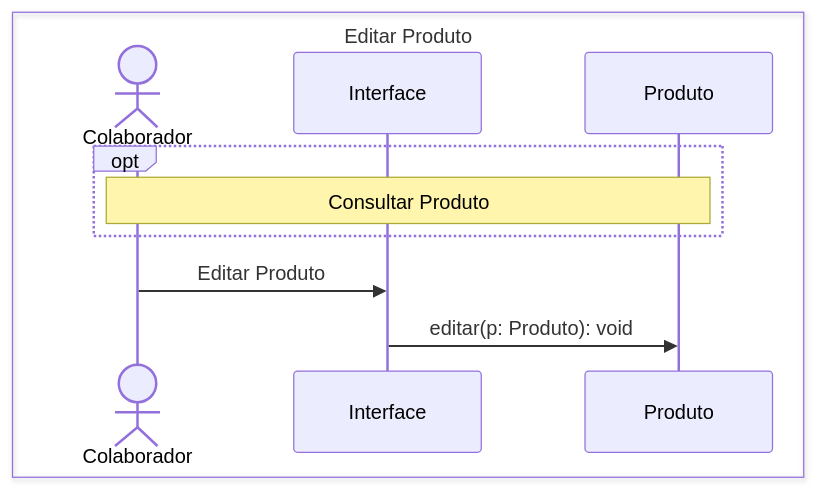
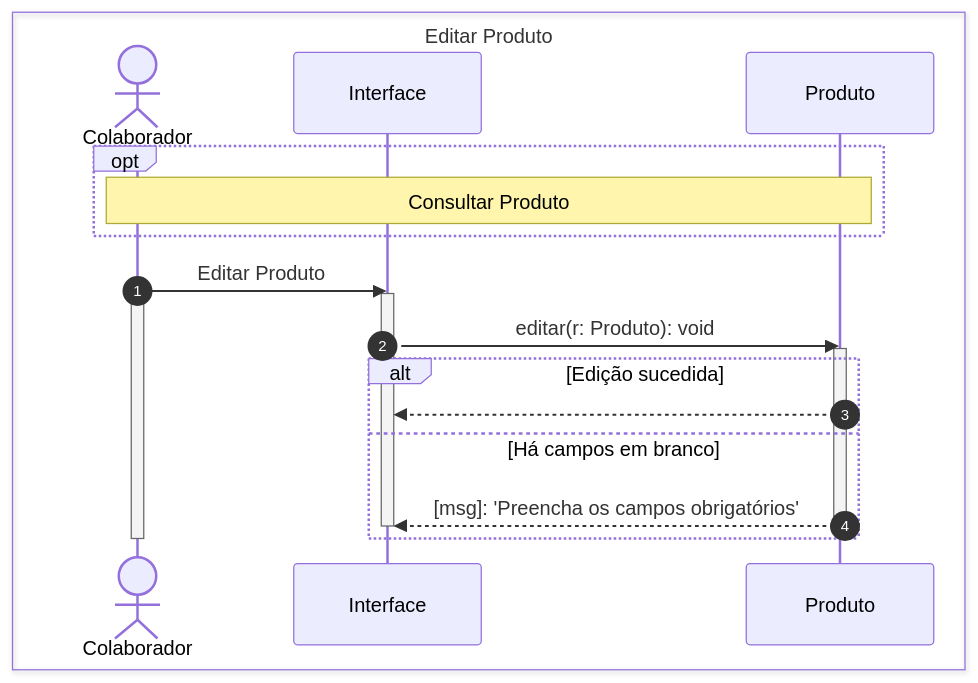
Before and after one commit to anderson-gpc/colab: the fourth of 4 diagrams in DS_Manter_Produto.md, drawn with Mermaid. The commit also changed other lines of this file, not shown here.

````diff
--- a/DS_Manter_Produto.md
+++ b/DS_Manter_Produto.md
@@ -52,13 +85,28 @@
 ```mermaid
 sequenceDiagram
+    autonumber
     box Editar Produto
         actor Colaborador
         participant Interface
         participant Produto
     end
+
     opt
         note over Colaborador, Produto: Consultar Produto
     end
+
     Colaborador->>Interface: Editar Produto
-    Interface->>Produto: editar(p: Produto): void
+    activate Colaborador
+    activate Interface
+    Interface->>Produto: editar(r: Produto): void
+    activate Produto
+
+    alt Edição sucedida
+        Produto-->>Interface: 
+    else Há campos em branco
+        Produto-->>Interface: [msg]: 'Preencha os campos obrigatórios' 
+        deactivate Produto
+        deactivate Interface
+    end
+    deactivate Colaborador
 ```
````
